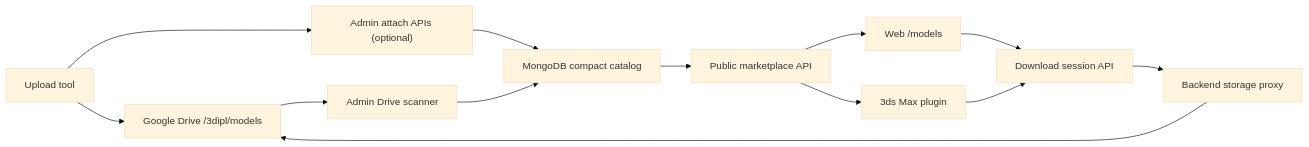
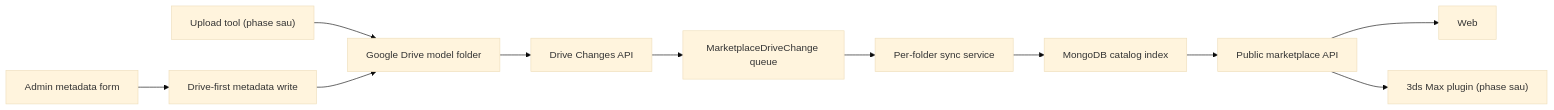
Before and after one commit to huynhee/getlink66: the diagram in MODEL_MARKETPLACE_DEVELOPMENT.md, drawn with Mermaid (base theme). The commit also changed other lines of this file and 22 other files, not shown here.

Commit message:
Refactor link extraction and simplify rendering flow

````diff
--- a/MODEL_MARKETPLACE_DEVELOPMENT.md
+++ b/MODEL_MARKETPLACE_DEVELOPMENT.md
@@ -61,15 +8,13 @@
 ```mermaid
 flowchart LR
-  A["Upload tool"] --> B["Google Drive /3dipl/models"]
-  A --> C["Admin attach APIs (optional)"]
-  B --> D["Admin Drive scanner"]
-  C --> E["MongoDB compact catalog"]
-  D --> E
-  E --> F["Public marketplace API"]
-  F --> G["Web /models"]
-  F --> H["3ds Max plugin"]
-  G --> I["Download session API"]
-  H --> I
-  I --> J["Backend storage proxy"]
-  J --> B
+  U["Upload tool (phase sau)"] --> D["Google Drive model folder"]
+  A["Admin metadata form"] --> W["Drive-first metadata write"]
+  W --> D
+  D --> C["Drive Changes API"]
+  C --> Q["MarketplaceDriveChange queue"]
+  Q --> S["Per-folder sync service"]
+  S --> M["MongoDB catalog index"]
+  M --> P["Public marketplace API"]
+  P --> WEB["Web"]
+  P --> PLUGIN["3ds Max plugin (phase sau)"]
 ```
````
